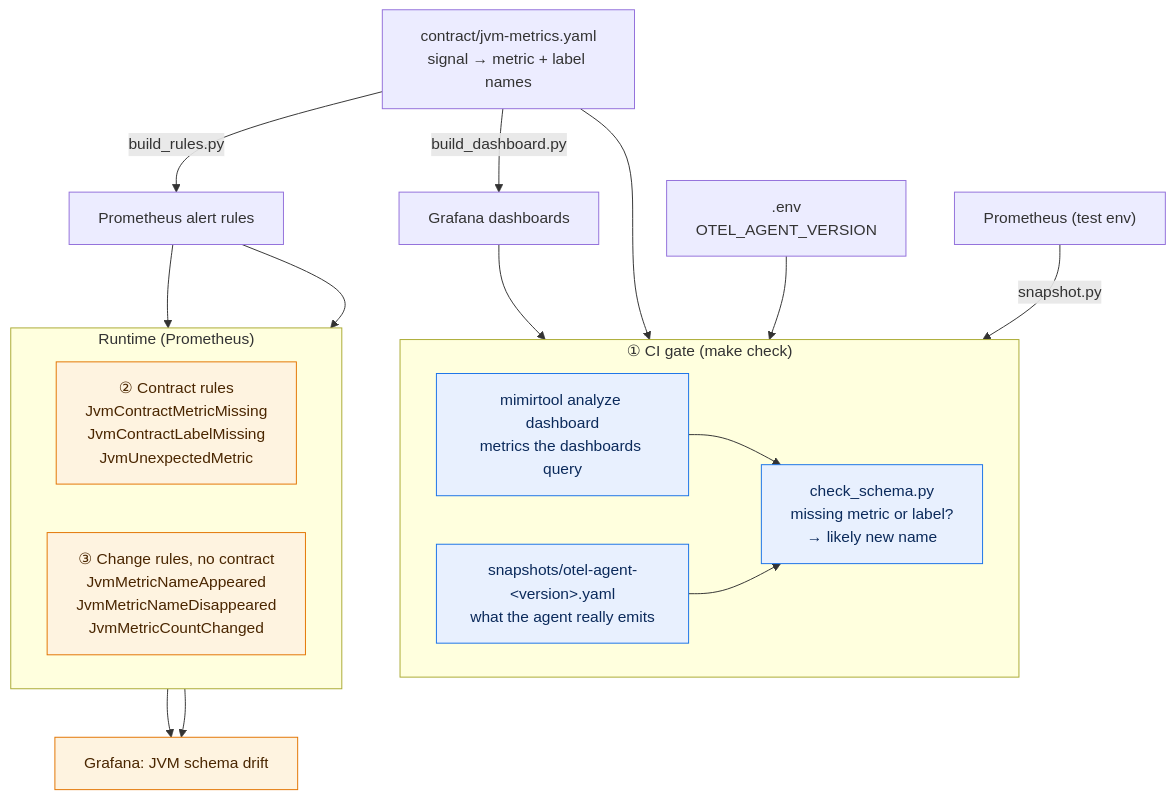
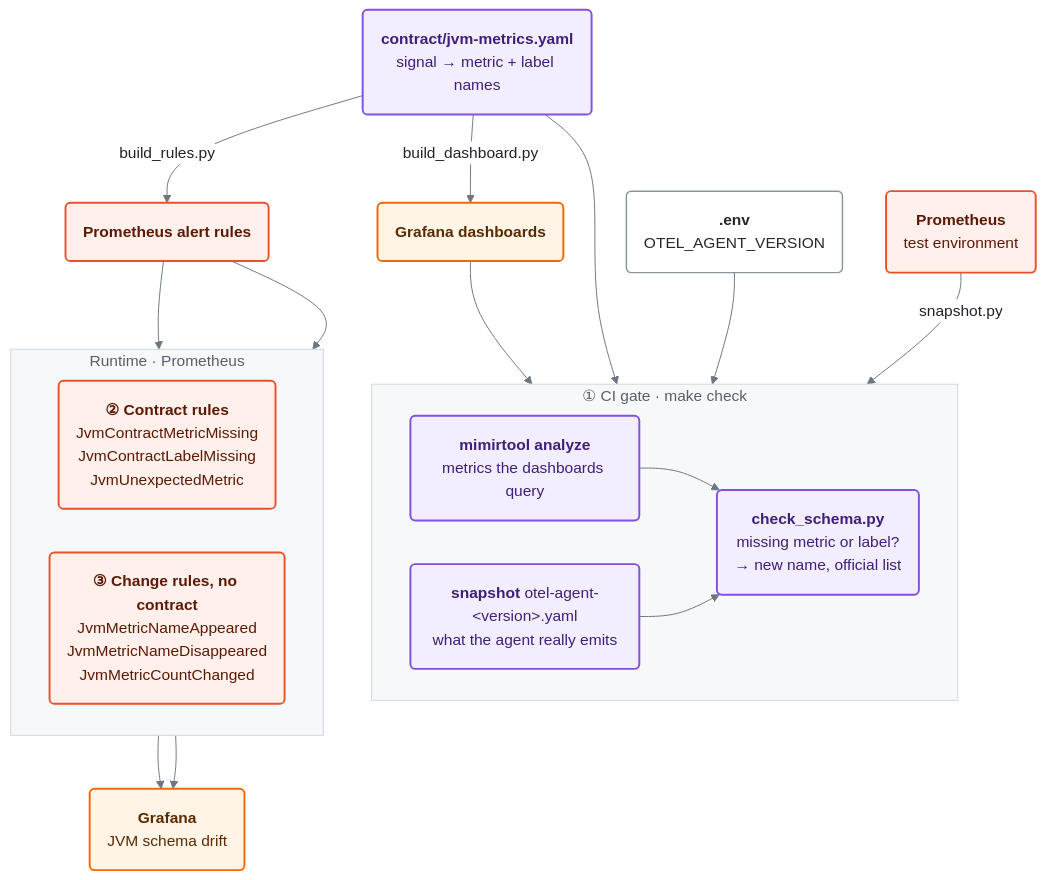
One commit to imenbkr/demo-otel-jvm-schema-drift changed the diagram in docs/diagrams/detection.mmd. Above: the diagram before and after it, drawn with Mermaid. The commit also changed 21 other files, not shown here.

Commit message:
Add deploy markers, restyle diagrams, refresh dashboard screenshots

```diff
--- a/docs/diagrams/detection.mmd
+++ b/docs/diagrams/detection.mmd
@@ -1,30 +1,35 @@
+%%{init: {"theme": "base", "themeVariables": {"fontFamily": "Arial, Helvetica, sans-serif", "fontSize": "16px", "primaryColor": "#ffffff", "primaryBorderColor": "#8c959f", "primaryTextColor": "#1f2328", "lineColor": "#6e7781", "clusterBkg": "#f6f8fa", "clusterBorder": "#d0d7de", "edgeLabelBackground": "#ffffff", "titleColor": "#57606a"}, "flowchart": {"curve": "basis", "nodeSpacing": 45, "rankSpacing": 55, "padding": 18}}}%%
 flowchart TB
-  contract["contract/jvm-metrics.yaml<br/>signal → metric + label names"]
-  contract -->|build_dashboard.py| dash["Grafana dashboards"]
-  contract -->|build_rules.py| rules["Prometheus alert rules"]
+  contract("<b>contract/jvm-metrics.yaml</b><br/>signal → metric + label names"):::gate
+  contract -->|build_dashboard.py| dash("<b>Grafana dashboards</b>"):::graf
+  contract -->|build_rules.py| rules("<b>Prometheus alert rules</b>"):::prom
 
-  subgraph ci["① CI gate (make check)"]
+  subgraph ci["① CI gate · make check"]
     direction LR
-    mimir["mimirtool analyze dashboard<br/>metrics the dashboards query"]
-    snap["snapshots/otel-agent-#lt;version#gt;.yaml<br/>what the agent really emits"]
-    check["check_schema.py<br/>missing metric or label?<br/>→ likely new name"]
+    mimir("<b>mimirtool analyze</b><br/>metrics the dashboards query"):::gate
+    snap("<b>snapshot</b> otel-agent-#lt;version#gt;.yaml<br/>what the agent really emits"):::gate
+    check("<b>check_schema.py</b><br/>missing metric or label?<br/>→ new name, official list"):::gate
     mimir --> check
     snap --> check
   end
   dash --> mimir
   contract --> check
-  env[".env<br/>OTEL_AGENT_VERSION"] --> check
-  testprom["Prometheus (test env)"] -->|snapshot.py| snap
+  env("<b>.env</b><br/>OTEL_AGENT_VERSION"):::infra --> check
+  testprom("<b>Prometheus</b><br/>test environment"):::prom -->|snapshot.py| snap
 
-  subgraph rt["Runtime (Prometheus)"]
+  subgraph rt["Runtime · Prometheus"]
     direction LR
-    r2["② Contract rules<br/>JvmContractMetricMissing<br/>JvmContractLabelMissing<br/>JvmUnexpectedMetric"]
-    r3["③ Change rules, no contract<br/>JvmMetricNameAppeared<br/>JvmMetricNameDisappeared<br/>JvmMetricCountChanged"]
+    r2("<b>② Contract rules</b><br/>JvmContractMetricMissing<br/>JvmContractLabelMissing<br/>JvmUnexpectedMetric"):::prom
+    r3("<b>③ Change rules, no contract</b><br/>JvmMetricNameAppeared<br/>JvmMetricNameDisappeared<br/>JvmMetricCountChanged"):::prom
   end
   rules --> r2 & r3
-  r2 & r3 --> drift["Grafana: JVM schema drift"]
+  r2 & r3 --> drift("<b>Grafana</b><br/>JVM schema drift"):::graf
 
-  classDef gate fill:#e8f0fe,stroke:#1a73e8,color:#0b2a5b
-  classDef run fill:#fef3e0,stroke:#e37400,color:#4a2600
-  class mimir,snap,check gate
-  class r2,r3,drift run
+  classDef jvm fill:#eaf2ff,stroke:#2f6feb,stroke-width:2px,color:#0a3069
+  classDef prom fill:#fff0eb,stroke:#e6522c,stroke-width:2px,color:#5c1a06
+  classDef graf fill:#fff4e5,stroke:#f46800,stroke-width:2px,color:#5c2a00
+  classDef infra fill:#ffffff,stroke:#8c959f,stroke-width:1.5px,color:#24292f
+  classDef gate fill:#f3eeff,stroke:#8250df,stroke-width:2px,color:#3e1f79
+  classDef ok fill:#dafbe1,stroke:#1a7f37,stroke-width:2px,color:#0f3d1c
+  classDef bad fill:#ffebe9,stroke:#cf222e,stroke-width:2px,color:#6e1a1f
+  classDef warn fill:#fff8c5,stroke:#bf8700,stroke-width:2px,color:#4d2d00
```
